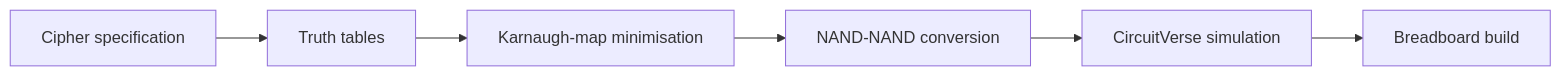
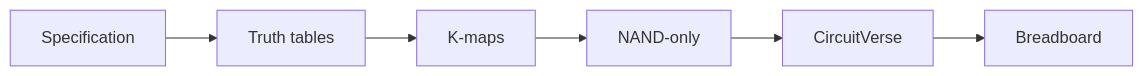
Before and after one commit to DanEhab/4bit-encryption-decryption-circuit: the diagram in README.md, drawn with Mermaid. The commit also changed other lines of this file, not shown here.

Commit message:
Improve README layout: clearer flow diagram and full-width circuits

````diff
--- a/README.md
+++ b/README.md
@@ -26,8 +26,8 @@
 ```mermaid
 flowchart LR
-    A[Cipher specification] --> B[Truth tables]
-    B --> C[Karnaugh-map minimisation]
-    C --> D[NAND-NAND conversion]
-    D --> E[CircuitVerse simulation]
-    E --> F[Breadboard build]
+    A["Specification"] --> B["Truth tables"]
+    B --> C["K-maps"]
+    C --> D["NAND-only"]
+    D --> E["CircuitVerse"]
+    E --> F["Breadboard"]
 ```
````
